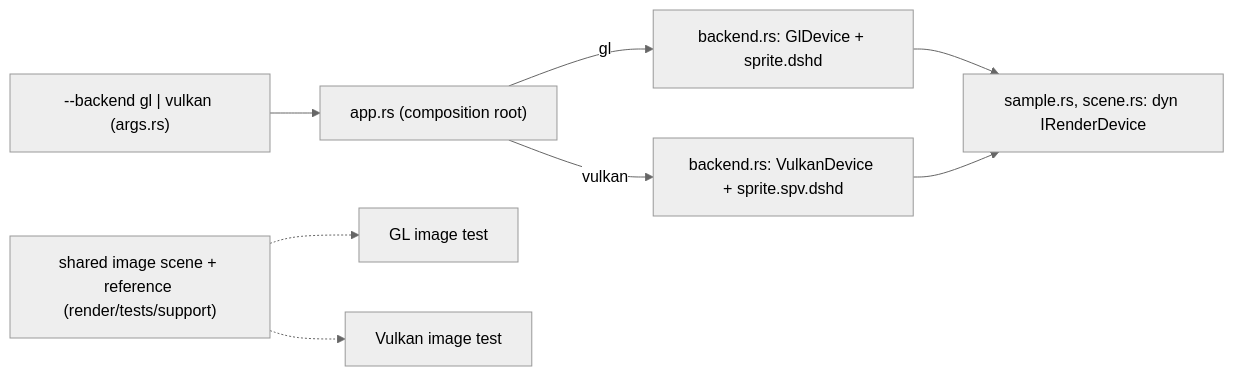
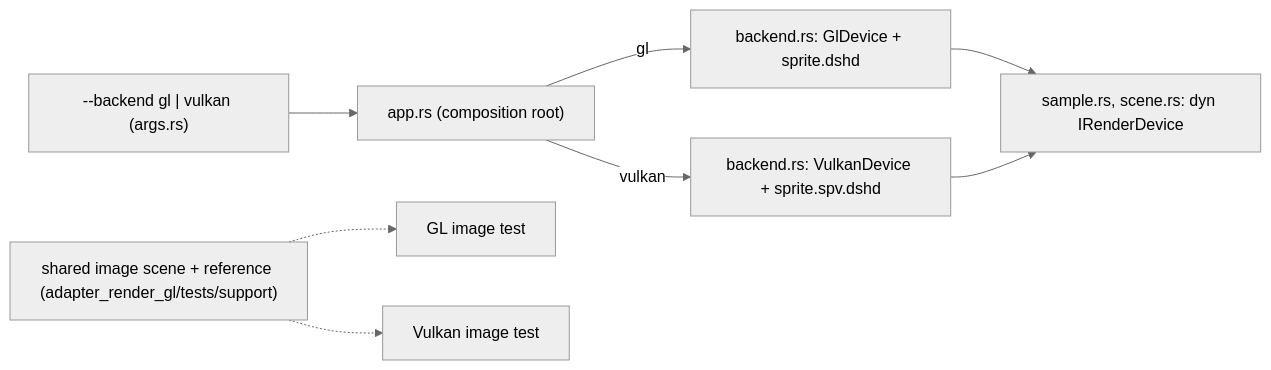
Before and after one commit to giamat90/DuckEngine: the diagram in reviews/6-10.md, drawn with Mermaid (neutral theme). The commit also changed other lines of this file and 4 other files, not shown here.

Commit message:
fix(sample): keep the shared image scene in an adapter test folder (6-10)

````diff
--- a/reviews/6-10.md
+++ b/reviews/6-10.md
@@ -5,10 +5,10 @@
 ```mermaid
 flowchart LR
   cli["--backend gl | vulkan (args.rs)"] --> app["app.rs (composition root)"]
   app -->|gl| glb["backend.rs: GlDevice + sprite.dshd"]
   app -->|vulkan| vkb["backend.rs: VulkanDevice + sprite.spv.dshd"]
   glb --> sample["sample.rs, scene.rs: dyn IRenderDevice"]
   vkb --> sample
-  scene["shared image scene + reference (render/tests/support)"] -.-> gltest["GL image test"]
+  scene["shared image scene + reference (adapter_render_gl/tests/support)"] -.-> gltest["GL image test"]
   scene -.-> vktest["Vulkan image test"]
 ```
````
